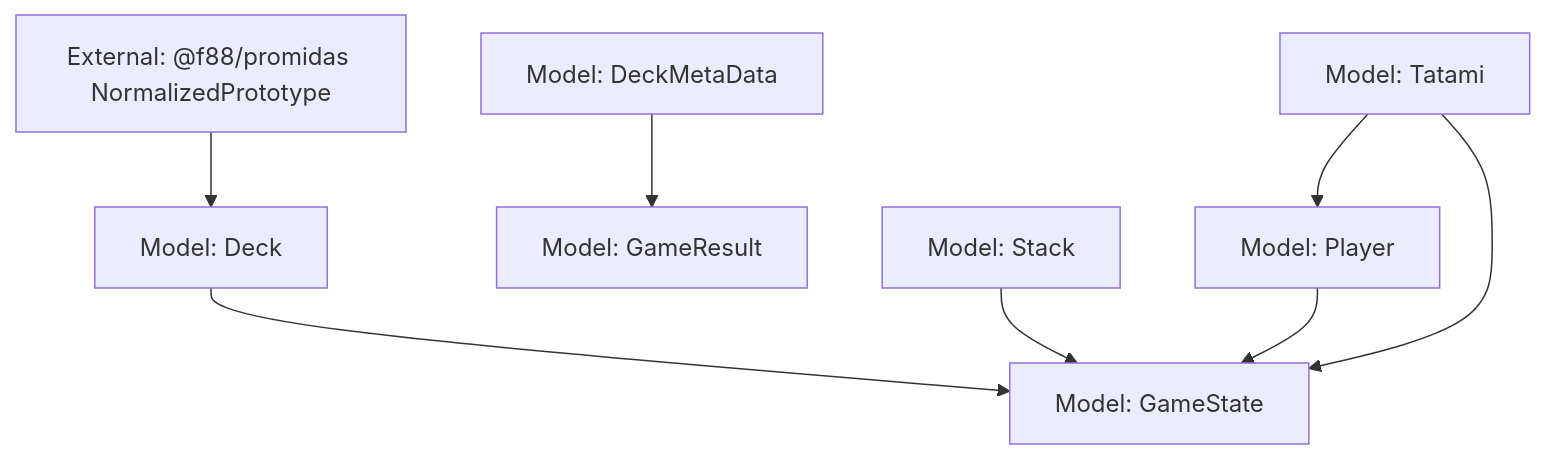
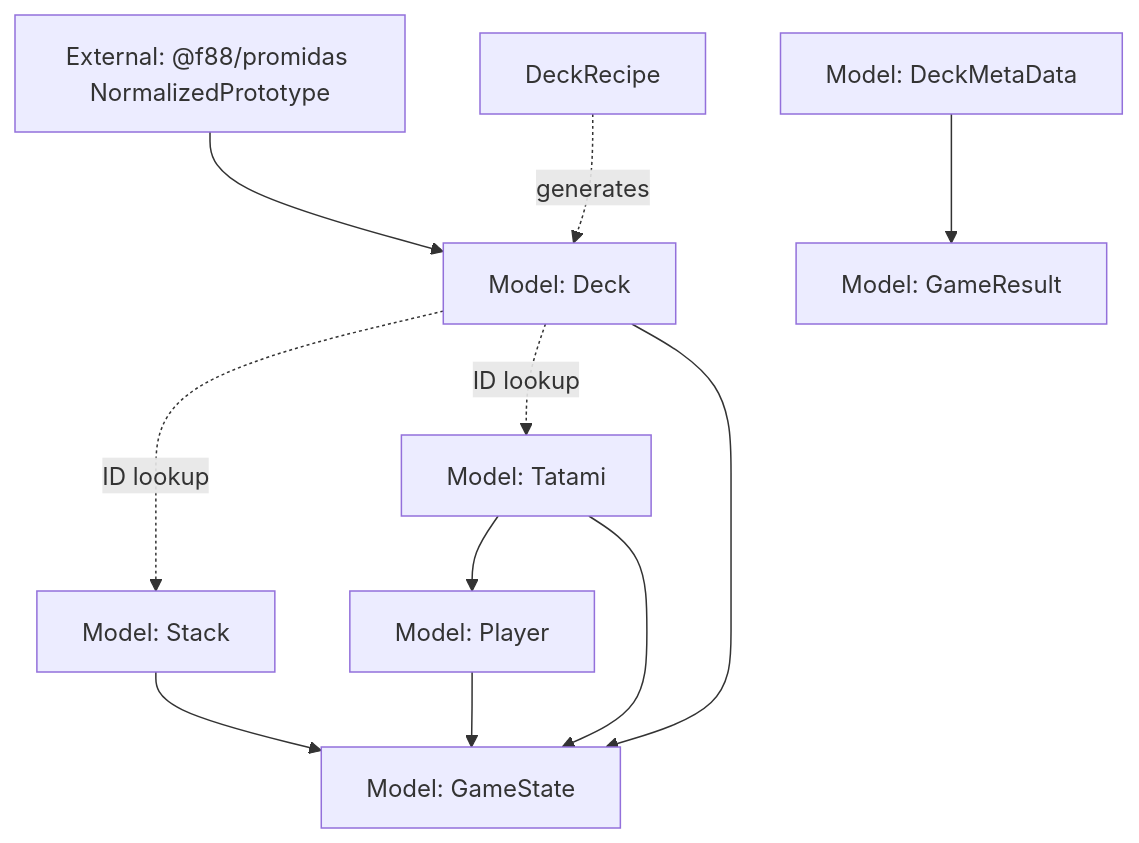
One commit to F88/pp-karuta changed the diagram in DESIGN.md. Above: the diagram before and after it, drawn with Mermaid. The commit also changed other lines of this file, not shown here.

Commit message:
feat(docs): enhance DESIGN.md with model dependencies and data flow details

````diff
--- a/DESIGN.md
+++ b/DESIGN.md
@@ -360,21 +423,24 @@
 ```mermaid
 graph TD
     External[External: @f88/promidas NormalizedPrototype]
-
+    Recipe[DeckRecipe]
     Deck[Model: Deck]
     DeckMeta[Model: DeckMetaData]
     Player[Model: Player]
     Stack[Model: Stack]
     Tatami[Model: Tatami]
     GameState[Model: GameState]
     GameResult[Model: GameResult]
 
     External --> Deck
+    Recipe -.generates.-> Deck
+    Deck -.ID lookup.-> Stack
+    Deck -.ID lookup.-> Tatami
     Tatami --> Player
     Deck --> GameState
     Player --> GameState
     Stack --> GameState
     Tatami --> GameState
 
     DeckMeta --> GameResult
 ```
````
